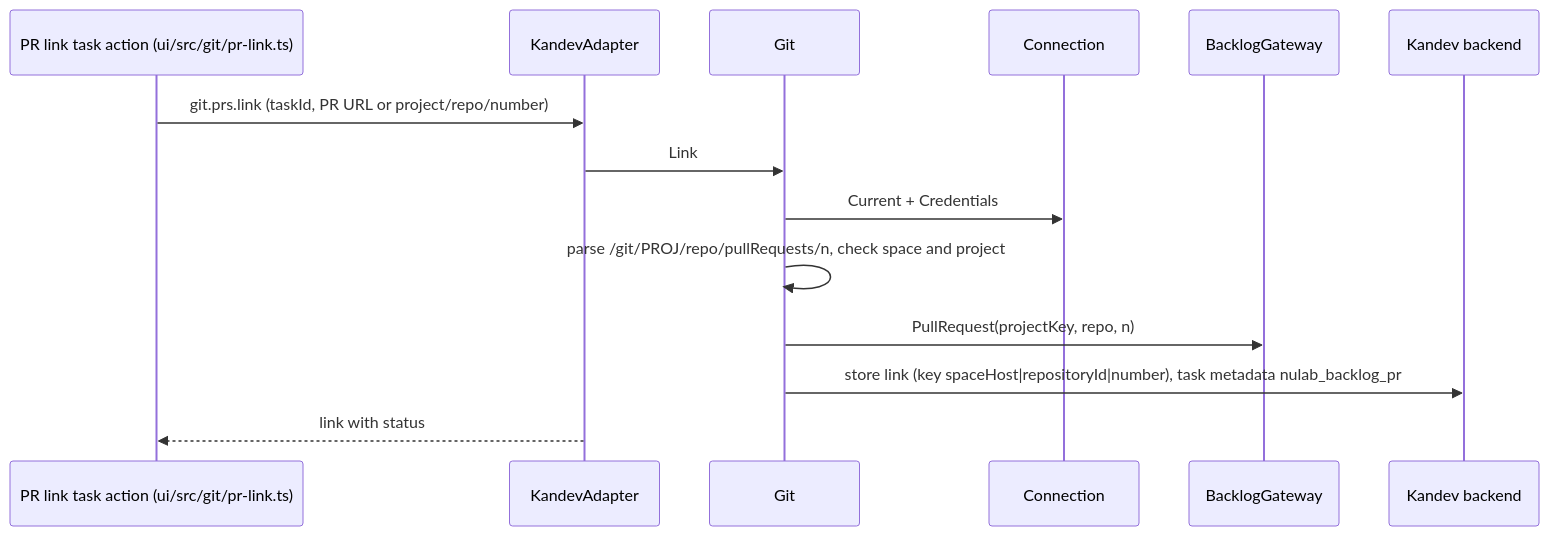
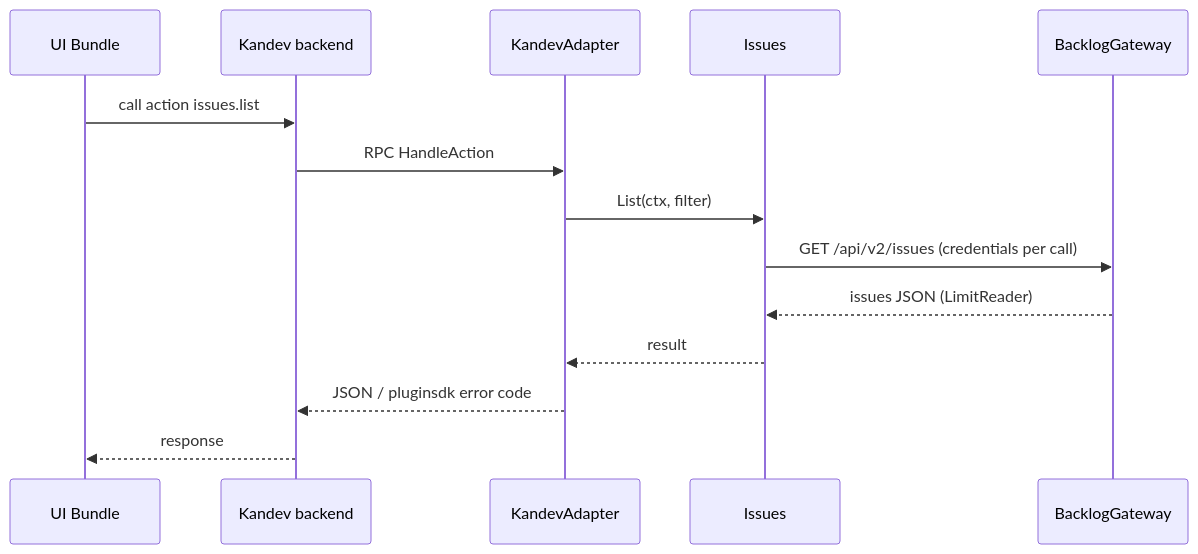
Before and after one commit to khuongdo/kandev-plugin-nulab-backlog: the third of 3 diagrams in aidlc/spaces/default/codekb/kandev-plugin-nulab-backlog/architecture.md, drawn with Mermaid. The commit also changed other lines of this file and 50 other files, not shown here.

````diff
--- a/aidlc/spaces/default/codekb/kandev-plugin-nulab-backlog/architecture.md
+++ b/aidlc/spaces/default/codekb/kandev-plugin-nulab-backlog/architecture.md
@@ -135,16 +82,16 @@
 ```mermaid
 sequenceDiagram
-  participant P as PR link task action (ui/src/git/pr-link.ts)
+  participant UI as UI Bundle
+  participant K as Kandev backend
   participant A as KandevAdapter
-  participant Gt as Git
-  participant C as Connection
+  participant I as Issues
   participant G as BacklogGateway
-  participant K as Kandev backend
-  P->>A: git.prs.link (taskId, PR URL or project/repo/number)
-  A->>Gt: Link
-  Gt->>C: Current + Credentials
-  Gt->>Gt: parse /git/PROJ/repo/pullRequests/n, check space and project
-  Gt->>G: PullRequest(projectKey, repo, n)
-  Gt->>K: store link (key spaceHost|repositoryId|number), task metadata nulab_backlog_pr
-  A-->>P: link with status
+  UI->>K: call action issues.list
+  K->>A: RPC HandleAction
+  A->>I: List(ctx, filter)
+  I->>G: GET /api/v2/issues (credentials per call)
+  G-->>I: issues JSON (LimitReader)
+  I-->>A: result
+  A-->>K: JSON / pluginsdk error code
+  K-->>UI: response
 ```
````
